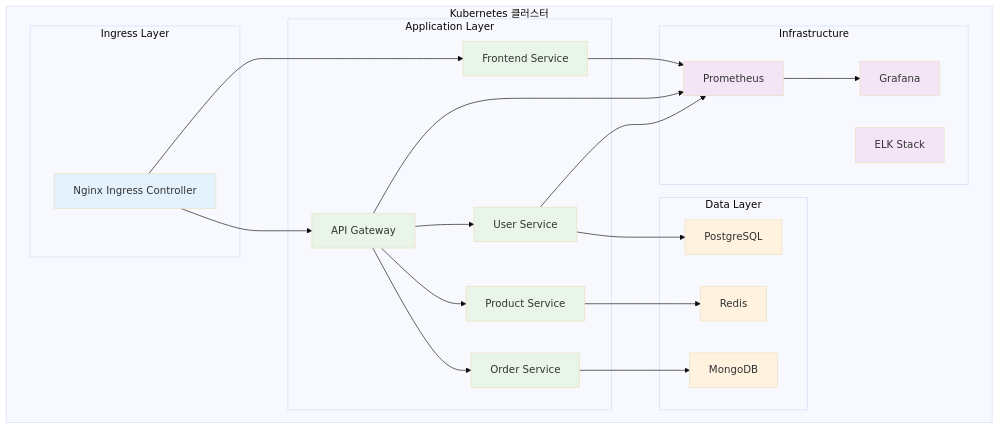
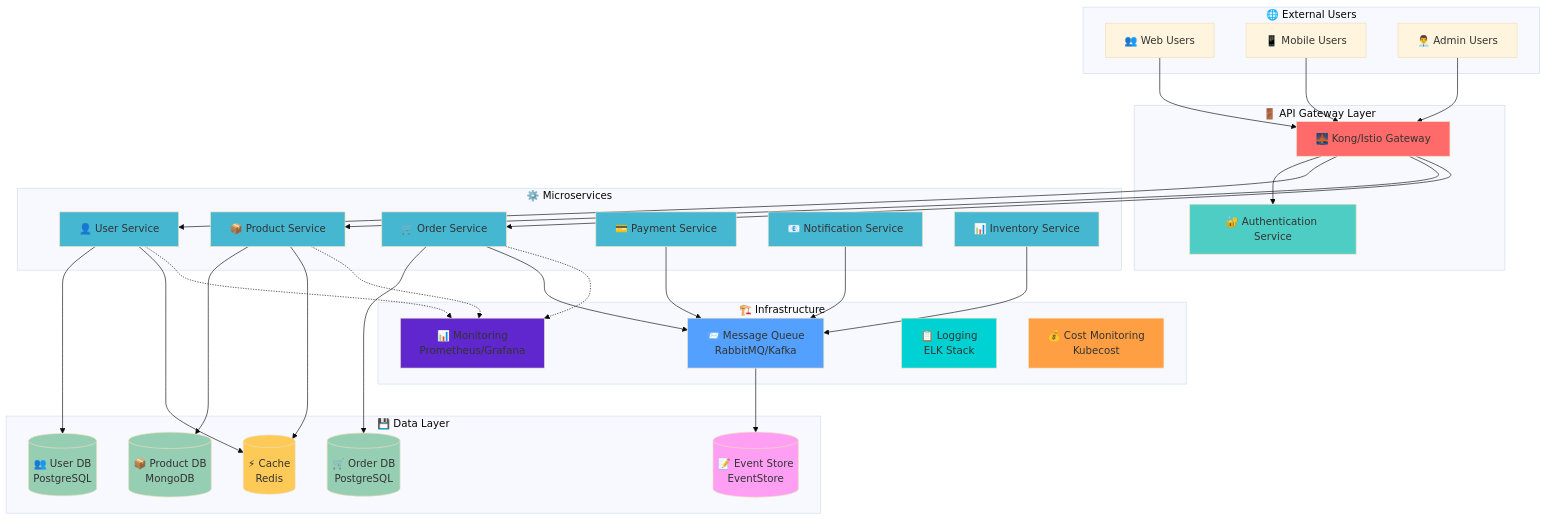
The first of 2 diagrams in theory/week_04/README.md (niceguy61/kdt_devops_lecture_2025), drawn with Mermaid (base theme) before and after one commit. The commit also changed other lines of this file and 25 other files, not shown here.

````diff
--- a/theory/week_04/README.md
+++ b/theory/week_04/README.md
@@ -120,55 +140,81 @@
 ```mermaid
 graph TB
-    subgraph "Kubernetes 클러스터"
-        subgraph "Ingress Layer"
-            A[Nginx Ingress Controller]
-        end
-        
-        subgraph "Application Layer"
-            B[Frontend Service]
-            C[API Gateway]
-            D[User Service]
-            E[Product Service]
-            F[Order Service]
-        end
-        
-        subgraph "Data Layer"
-            G[PostgreSQL]
-            H[Redis]
-            I[MongoDB]
-        end
-        
-        subgraph "Infrastructure"
-            J[Prometheus]
-            K[Grafana]
-            L[ELK Stack]
-        end
+    subgraph "🌐 External Users"
+        U1[👥 Web Users]
+        U2[📱 Mobile Users]
+        U3[👨‍💼 Admin Users]
     end
     
-    A --> B
-    A --> C
-    C --> D
-    C --> E
-    C --> F
-    D --> G
-    E --> H
-    F --> I
+    subgraph "🚪 API Gateway Layer"
+        AG[🌉 Kong/Istio Gateway]
+        Auth[🔐 Authentication Service]
+    end
     
-    B --> J
-    C --> J
-    D --> J
-    J --> K
+    subgraph "⚙️ Microservices"
+        US[👤 User Service]
+        PS[📦 Product Service]
+        OS[🛒 Order Service]
+        PS2[💳 Payment Service]
+        NS[📧 Notification Service]
+        IS[📊 Inventory Service]
+    end
     
-    style A fill:#e3f2fd
-    style B fill:#e8f5e8
-    style C fill:#e8f5e8
-    style D fill:#e8f5e8
-    style E fill:#e8f5e8
-    style F fill:#e8f5e8
-    style G fill:#fff3e0
-    style H fill:#fff3e0
-    style I fill:#fff3e0
-    style J fill:#f3e5f5
-    style K fill:#f3e5f5
-    style L fill:#f3e5f5
+    subgraph "💾 Data Layer"
+        UD[(👥 User DB<br/>PostgreSQL)]
+        PD[(📦 Product DB<br/>MongoDB)]
+        OD[(🛒 Order DB<br/>PostgreSQL)]
+        RD[(⚡ Cache<br/>Redis)]
+        ES[(📝 Event Store<br/>EventStore)]
+    end
+    
+    subgraph "🏗️ Infrastructure"
+        MQ[📨 Message Queue<br/>RabbitMQ/Kafka]
+        MON[📊 Monitoring<br/>Prometheus/Grafana]
+        LOG[📋 Logging<br/>ELK Stack]
+        COST[💰 Cost Monitoring<br/>Kubecost]
+    end
+    
+    U1 --> AG
+    U2 --> AG
+    U3 --> AG
+    
+    AG --> Auth
+    AG --> US
+    AG --> PS
+    AG --> OS
+    
+    US --> UD
+    PS --> PD
+    OS --> OD
+    US --> RD
+    PS --> RD
+    
+    OS --> MQ
+    PS2 --> MQ
+    NS --> MQ
+    IS --> MQ
+    
+    MQ --> ES
+    
+    US -.-> MON
+    PS -.-> MON
+    OS -.-> MON
+    
+    style AG fill:#ff6b6b
+    style Auth fill:#4ecdc4
+    style US fill:#45b7d1
+    style PS fill:#45b7d1
+    style OS fill:#45b7d1
+    style PS2 fill:#45b7d1
+    style NS fill:#45b7d1
+    style IS fill:#45b7d1
+    style UD fill:#96ceb4
+    style PD fill:#96ceb4
+    style OD fill:#96ceb4
+    style RD fill:#feca57
+    style ES fill:#ff9ff3
+    style MQ fill:#54a0ff
+    style MON fill:#5f27cd
+    style LOG fill:#00d2d3
+    style COST fill:#ff9f43
 ```
````
